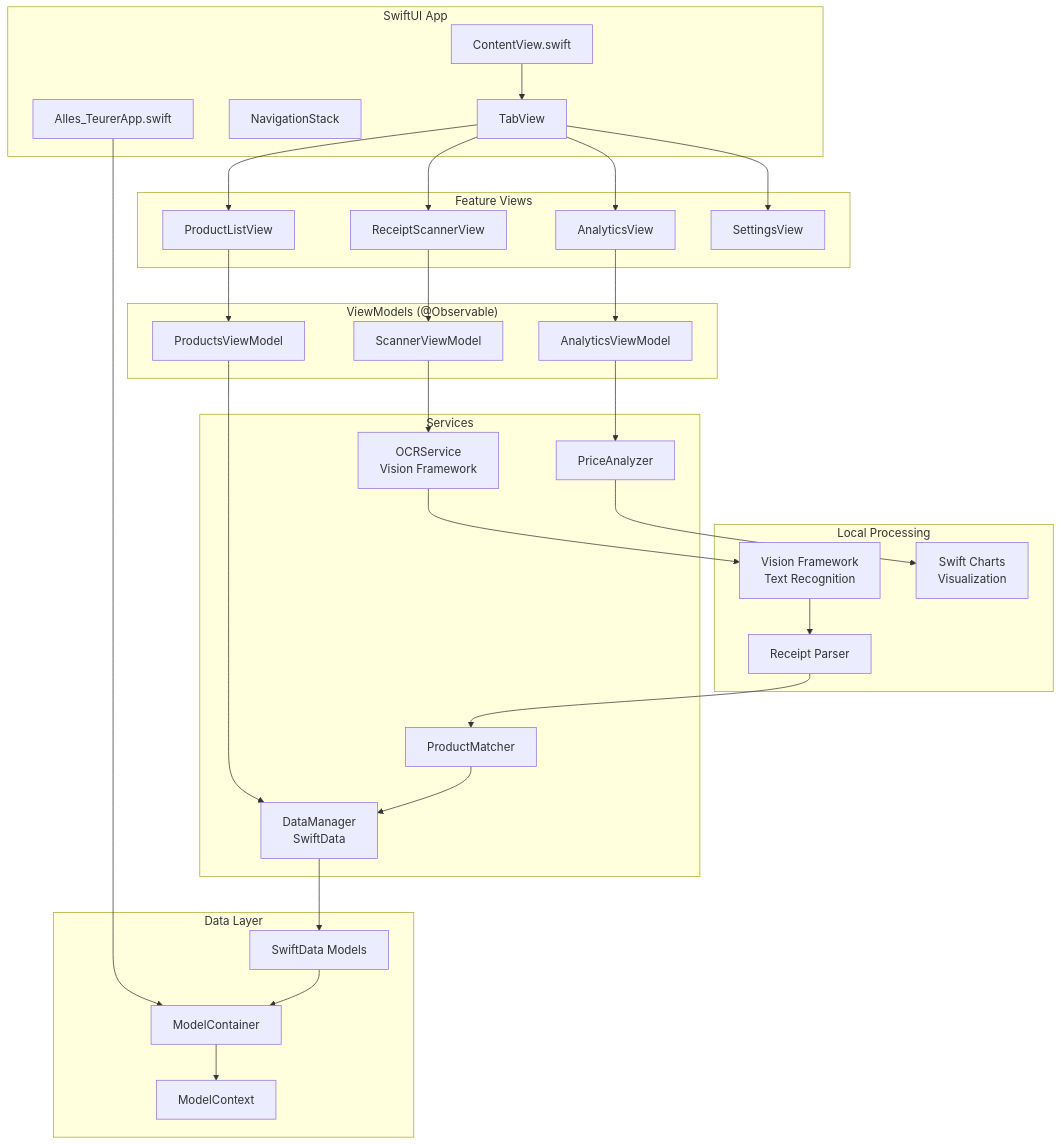
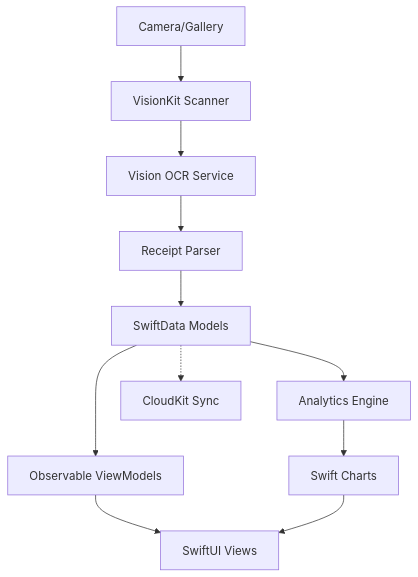
One commit to mpwg/AllesTeurer changed the diagram in spec/architecture.md. Above: the diagram before and after it, drawn with Mermaid. The commit also changed other lines of this file and 7 other files, not shown here.

````diff
--- a/spec/architecture.md
+++ b/spec/architecture.md
@@ -20,66 +240,13 @@
 ```mermaid
 graph TB
-    subgraph "SwiftUI App"
-        APP[Alles_TeurerApp.swift]
-        MAIN[ContentView.swift]
-        NAV[NavigationStack]
-        TABS[TabView]
-    end
-
-    subgraph "Feature Views"
-        SCANNER[ReceiptScannerView]
-        PRODUCTS[ProductListView]
-        ANALYTICS[AnalyticsView]
-        SETTINGS[SettingsView]
-    end
-
-    subgraph "ViewModels (@Observable)"
-        SCAN_VM[ScannerViewModel]
-        PROD_VM[ProductsViewModel]
-        ANAL_VM[AnalyticsViewModel]
-    end
-
-    subgraph "Services"
-        OCR[OCRService<br/>Vision Framework]
-        DATA_MGR[DataManager<br/>SwiftData]
-        MATCHER[ProductMatcher]
-        ANALYZER[PriceAnalyzer]
-    end
-
-    subgraph "Data Layer"
-        MODELS[SwiftData Models]
-        CONTAINER[ModelContainer]
-        CONTEXT[ModelContext]
-    end
-
-    subgraph "Local Processing"
-        VISION[Vision Framework<br/>Text Recognition]
-        PARSER[Receipt Parser]
-        CHARTS[Swift Charts<br/>Visualization]
-    end
-
-    APP --> CONTAINER
-    MAIN --> TABS
-    TABS --> SCANNER
-    TABS --> PRODUCTS
-    TABS --> ANALYTICS
-    TABS --> SETTINGS
-
-    SCANNER --> SCAN_VM
-    PRODUCTS --> PROD_VM
-    ANALYTICS --> ANAL_VM
-
-    SCAN_VM --> OCR
-    PROD_VM --> DATA_MGR
-    ANAL_VM --> ANALYZER
-
-    OCR --> VISION
-    DATA_MGR --> MODELS
-    MODELS --> CONTAINER
-    CONTAINER --> CONTEXT
-
-    VISION --> PARSER
-    PARSER --> MATCHER
-    MATCHER --> DATA_MGR
-    ANALYZER --> CHARTS
+    Camera[Camera/Gallery] --> Scanner[VisionKit Scanner]
+    Scanner --> OCR[Vision OCR Service]
+    OCR --> Parser[Receipt Parser]
+    Parser --> SwiftData[SwiftData Models]
+    SwiftData --> ViewModel[Observable ViewModels]
+    ViewModel --> SwiftUI[SwiftUI Views]
+    SwiftData --> Analytics[Analytics Engine]
+    Analytics --> Charts[Swift Charts]
+    Charts --> SwiftUI
+    SwiftData -.-> CloudKit[CloudKit Sync]
 ```
````
